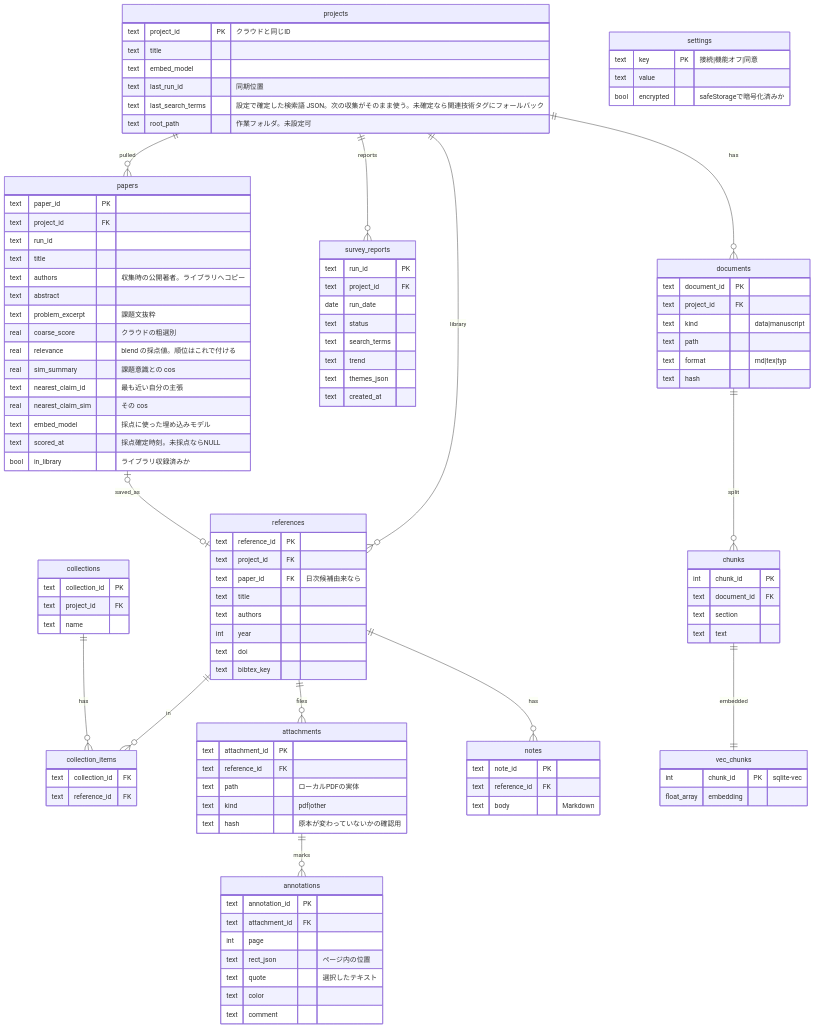
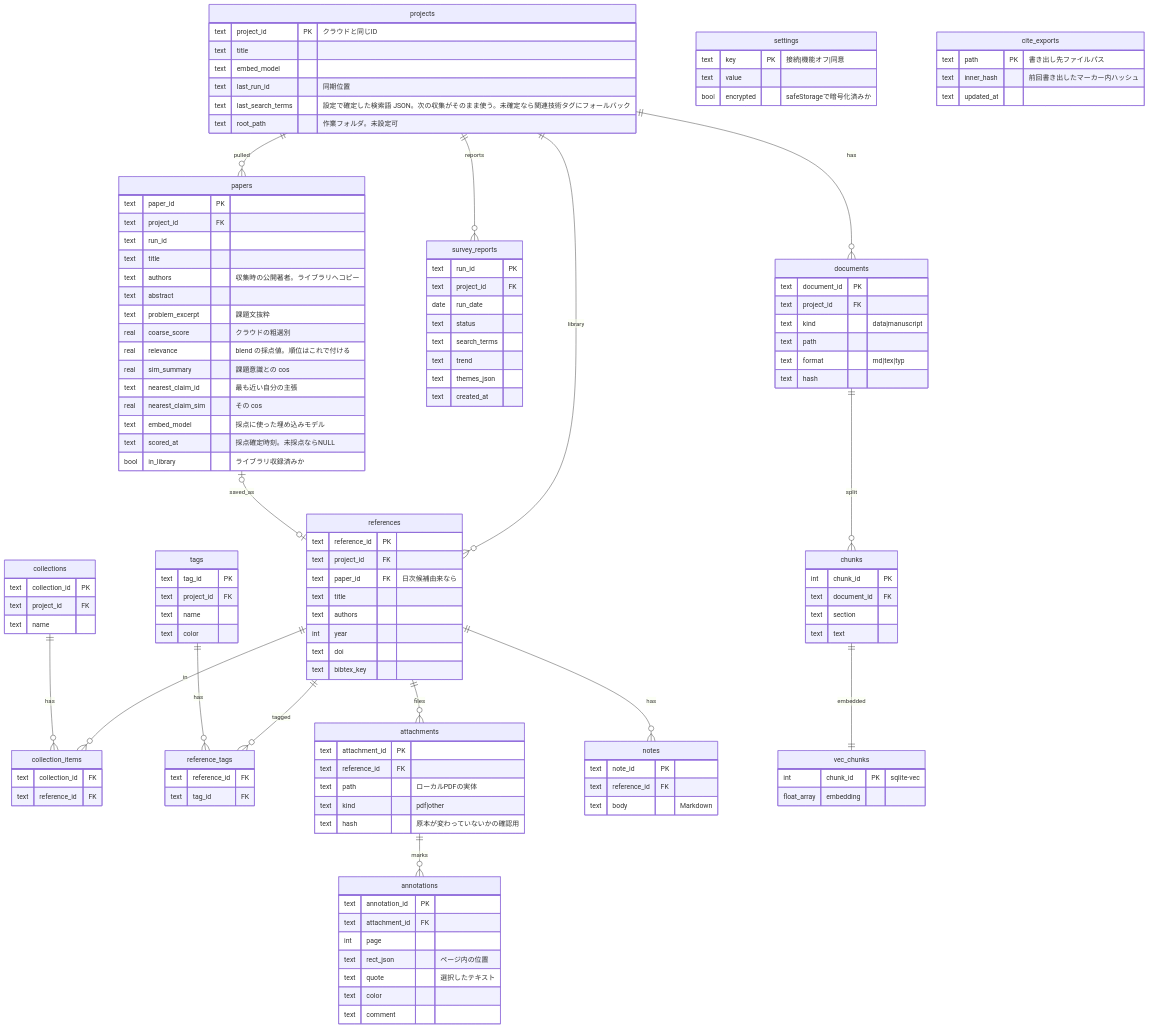
The second of 2 diagrams in docs/er-diagram.md (uzak0209/AI-Research), drawn with Mermaid before and after one commit. The commit also changed other lines of this file, not shown here.

Commit message:
docs: ER図にtags・reference_tags・cite_exports・projects.search_terms_jsonを追記
実装(desktop/src/shared/schema.sql, worker/migrations/0012, worker/src/http/app.ts)
には存在するがER図(docs/er-diagram.md)に記載のなかった表・列を反映し、
FR-05/FR-12のFR/表対応表を実表に合わせる(#115)。

````diff
--- a/docs/er-diagram.md
+++ b/docs/er-diagram.md
@@ -109,6 +110,8 @@
     papers |o--o| references : saved_as
     references ||--o{ collection_items : in
     collections ||--o{ collection_items : has
+    references ||--o{ reference_tags : tagged
+    tags ||--o{ reference_tags : has
     references ||--o{ attachments : files
     references ||--o{ notes : has
     attachments ||--o{ annotations : marks
@@ -165,6 +168,16 @@
         text project_id FK
         text name
     }
+    tags {
+        text tag_id PK
+        text project_id FK
+        text name
+        text color
+    }
+    reference_tags {
+        text reference_id FK
+        text tag_id FK
+    }
     attachments {
         text attachment_id PK
         text reference_id FK
@@ -213,4 +226,9 @@
         text value
         bool encrypted "safeStorageで暗号化済みか"
     }
+    cite_exports {
+        text path PK "書き出し先ファイルパス"
+        text inner_hash "前回書き出したマーカー内ハッシュ"
+        text updated_at
+    }
 ```
````
